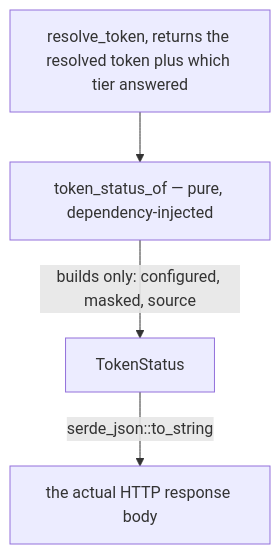
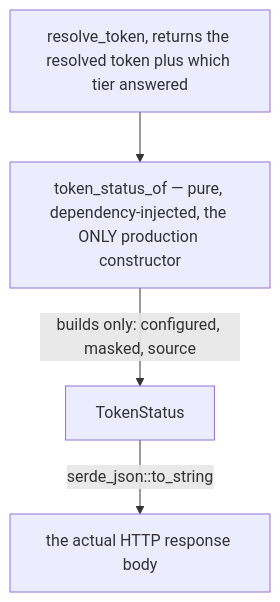
The diagram in docs/adr/0129-a-settings-surface-writes-through-the-same-fence-it-reads-through.md (tom2025b/git-vista), drawn with Mermaid before and after one commit. The commit also changed other lines of this file and 5 other files, not shown here.

````diff
--- a/docs/adr/0129-a-settings-surface-writes-through-the-same-fence-it-reads-through.md
+++ b/docs/adr/0129-a-settings-surface-writes-through-the-same-fence-it-reads-through.md
@@ -97,6 +102,6 @@
 ```mermaid
 flowchart TD
-    RT["resolve_token, returns the resolved token plus which tier answered"] --> TSO["token_status_of — pure, dependency-injected"]
+    RT["resolve_token, returns the resolved token plus which tier answered"] --> TSO["token_status_of — pure, dependency-injected, the ONLY production constructor"]
     TSO -->|builds only: configured, masked, source| TS["TokenStatus"]
     TS -->|serde_json::to_string| WIRE["the actual HTTP response body"]
 ```
````
